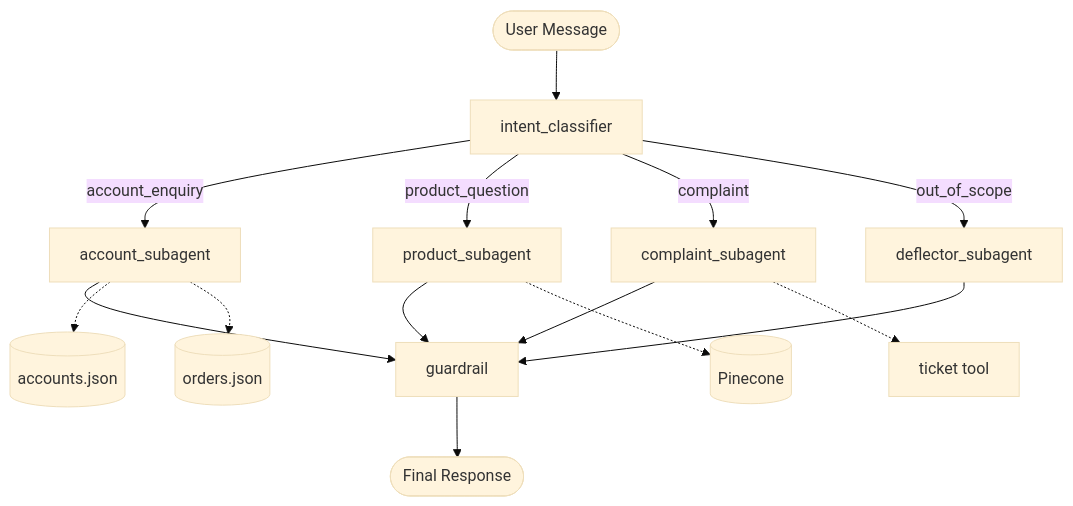
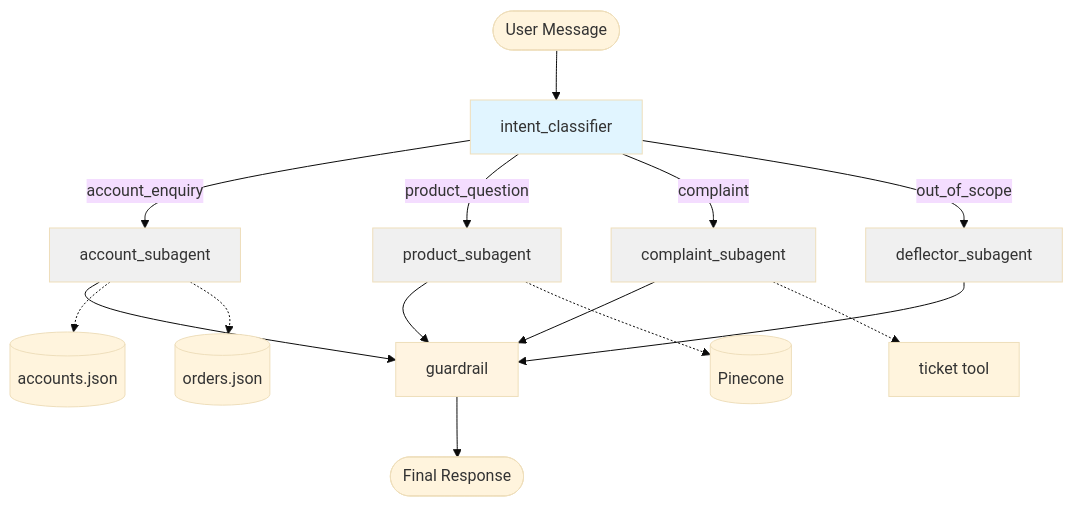
One commit to jaskaranjjk97/TaskFlow-Support-agent- changed the diagram in README.md. Above: the diagram before and after it, drawn with Mermaid (base theme). The commit also changed other lines of this file, not shown here.

````diff
--- a/README.md
+++ b/README.md
@@ -58,20 +64,27 @@
 ```mermaid
 flowchart TD
     Start([User Message]) --> Classify[intent_classifier]
     Classify -->|account_enquiry| Account[account_subagent]
     Classify -->|product_question| Product[product_subagent]
     Classify -->|complaint| Complaint[complaint_subagent]
     Classify -->|out_of_scope| Deflector[deflector_subagent]
 
     Account --> Guard[guardrail]
     Product --> Guard
     Complaint --> Guard
     Deflector --> Guard
 
+    Guard --> End([Final Response])
+
     Account -.-> A1[(accounts.json)]
     Account -.-> A2[(orders.json)]
     Product -.-> P1[(Pinecone)]
     Complaint -.-> C1[ticket tool]
 
-    Guard --> End([Final Response])
+    style Classify fill:#e1f5ff
+    style Guard fill:#fff4e1
+    style Account fill:#f0f0f0
+    style Product fill:#f0f0f0
+    style Complaint fill:#f0f0f0
+    style Deflector fill:#f0f0f0
 ```
````
